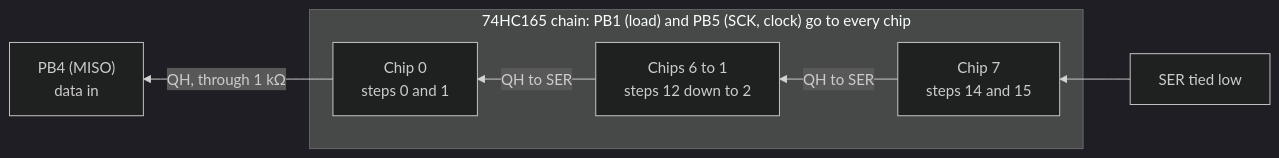
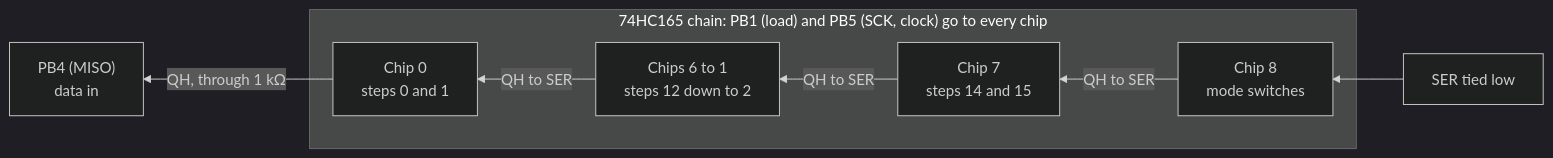
One commit to BonelessPig/nano_sequencer changed diagram 16 of 27 in docs/ARCHITECTURE.md. Above: the diagram before and after it, drawn with Mermaid (dark theme). The commit also changed other lines of this file and 35 other files, not shown here.

First line of the commit message:
Phase 7, first piece: mode switches, a choice of engine, and the stage engine

````diff
--- a/docs/ARCHITECTURE.md
+++ b/docs/ARCHITECTURE.md
@@ -700,12 +752,14 @@
 ```mermaid
 flowchart RL
-    gnd["SER tied low"] --> c7
+    gnd["SER tied low"] --> c8
     subgraph chain["74HC165 chain: PB1 (load) and PB5 (SCK, clock) go to every chip"]
+        c8["Chip 8<br/>mode switches"]
         c7["Chip 7<br/>steps 14 and 15"]
         mid["Chips 6 to 1<br/>steps 12 down to 2"]
         c0["Chip 0<br/>steps 0 and 1"]
     end
+    c8 -->|"QH to SER"| c7
     c7 -->|"QH to SER"| mid
     mid -->|"QH to SER"| c0
     c0 -->|"QH, through 1 kΩ"| pd4["PB4 (MISO)<br/>data in"]
 ```
````
